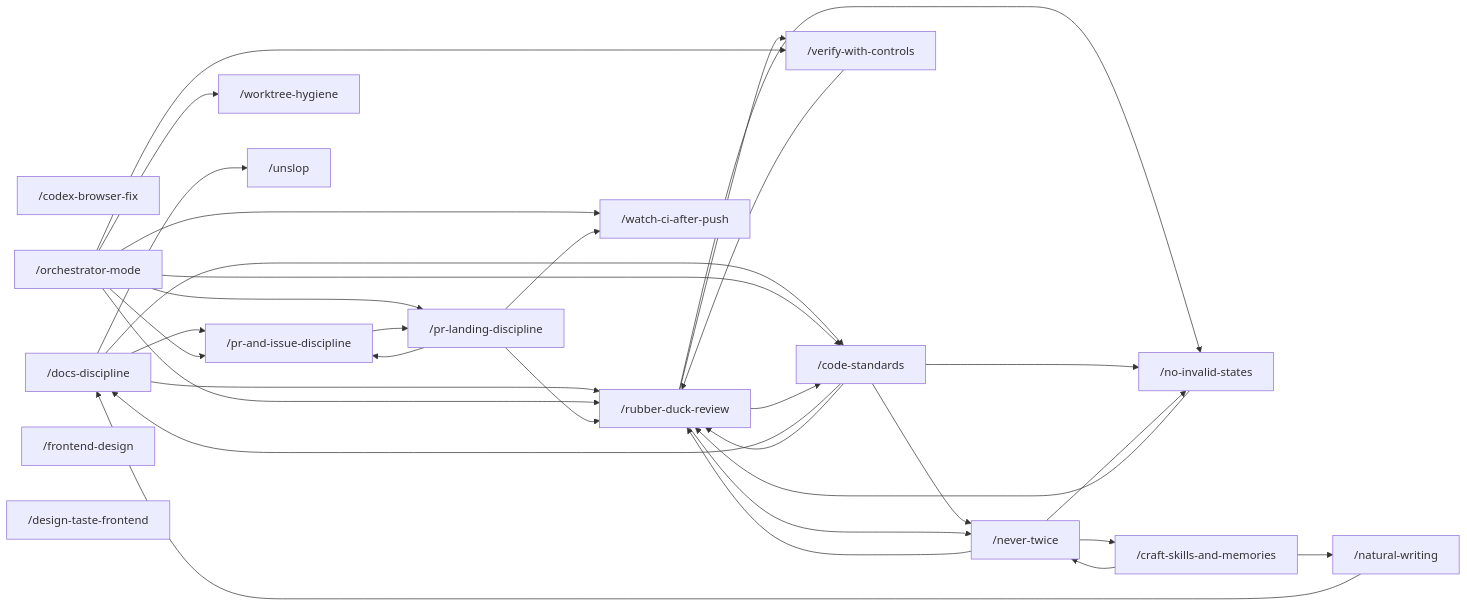
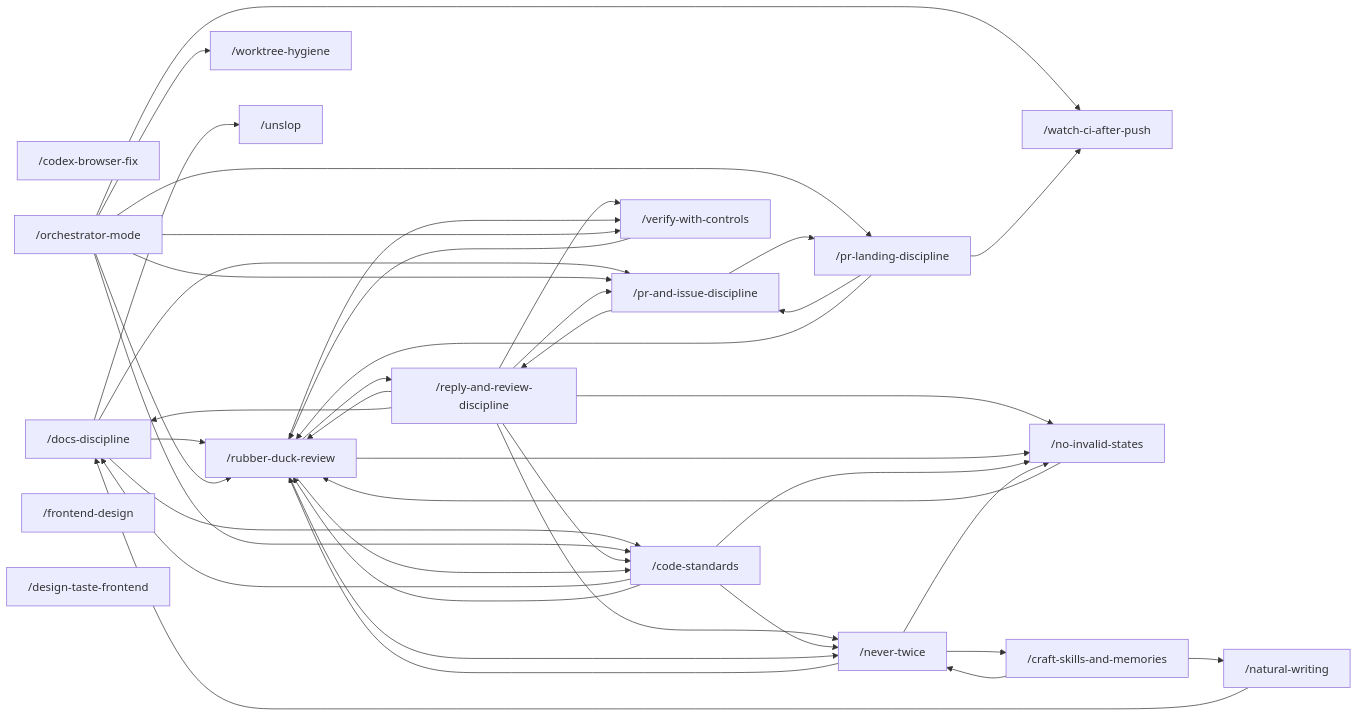
The diagram in README.md (Vivswan/skills), drawn with Mermaid before and after one commit. The commit also changed other lines of this file and 14 other files, not shown here.

First line of the commit message:
fix(skills): split replies and reviews on someone else's thread into reply-and-review-discipline

````diff
--- a/README.md
+++ b/README.md
@@ -47,38 +48,47 @@
 ```mermaid
 graph LR
   cbf["/codex-browser-fix"]
   dd["/docs-discipline"] --> rdr
   dd --> pid
   dd --> cs
   cs --> dd
   nw --> dd
   om["/orchestrator-mode"] --> rdr["/rubber-duck-review"]
   om --> wca["/watch-ci-after-push"]
   om --> cs["/code-standards"]
   om --> pid["/pr-and-issue-discipline"]
   om --> pld["/pr-landing-discipline"]
   om --> wh["/worktree-hygiene"]
   pid --> pld
+  pid --> rrd["/reply-and-review-discipline"]
+  rrd --> pid
+  rrd --> rdr
+  rrd --> cs
+  rrd --> dd
+  rrd --> nt
+  rrd --> nis
+  rrd --> vwc
+  rdr --> rrd
   pld --> pid
   pld --> wca
   pld --> rdr
   cs --> rdr
   cs --> nt
   rdr --> cs
   rdr --> nis["/no-invalid-states"]
   rdr --> nt
   rdr --> vwc
   nis --> rdr
   cs --> nis
   nt["/never-twice"] --> rdr
   nt --> nis
   nt --> csm
   om --> vwc["/verify-with-controls"]
   vwc --> rdr
   csm["/craft-skills-and-memories"] --> nw["/natural-writing"]
   us["/unslop"]
   fd["/frontend-design"]
   dtf["/design-taste-frontend"]
   dd --> us
   csm --> nt
 ```
````
